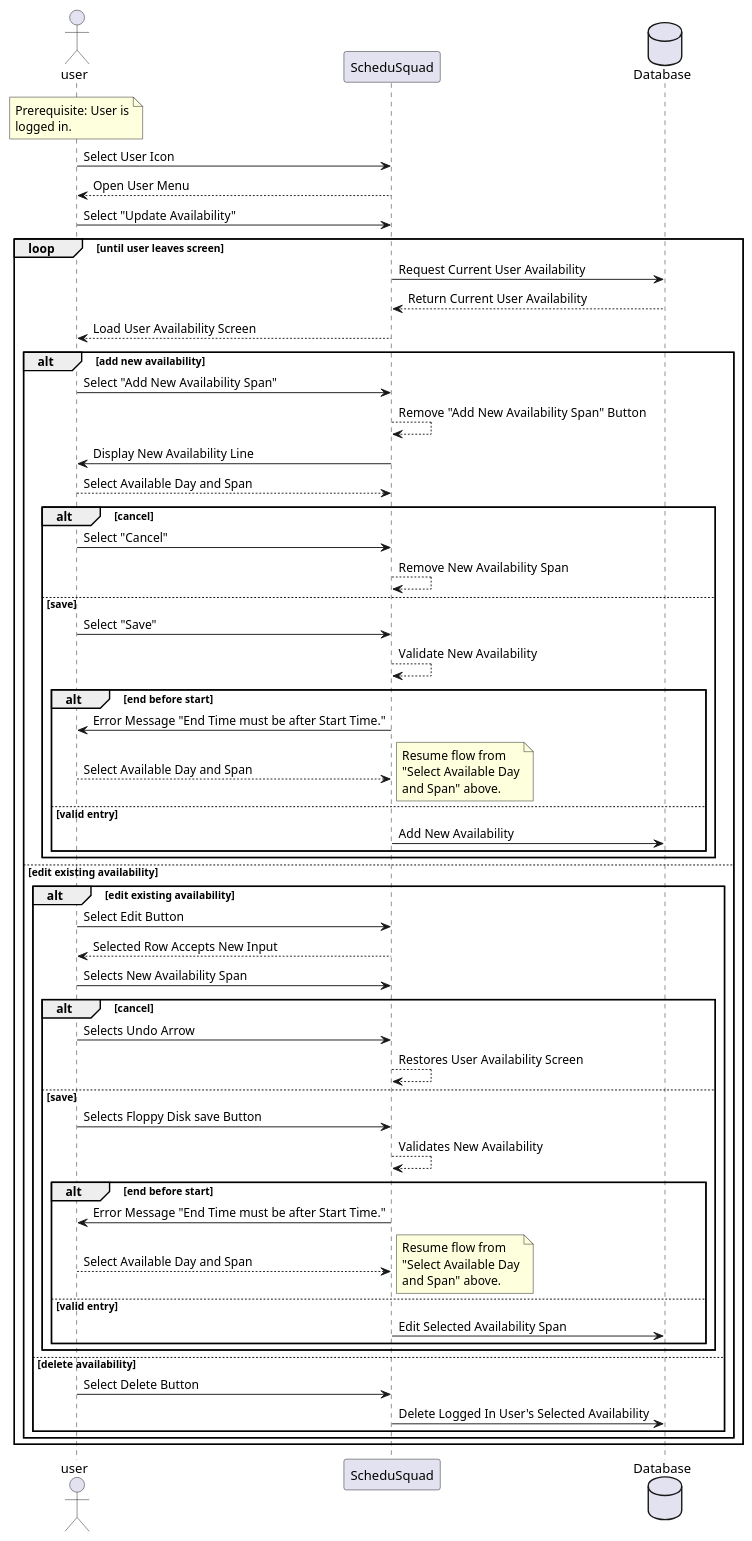
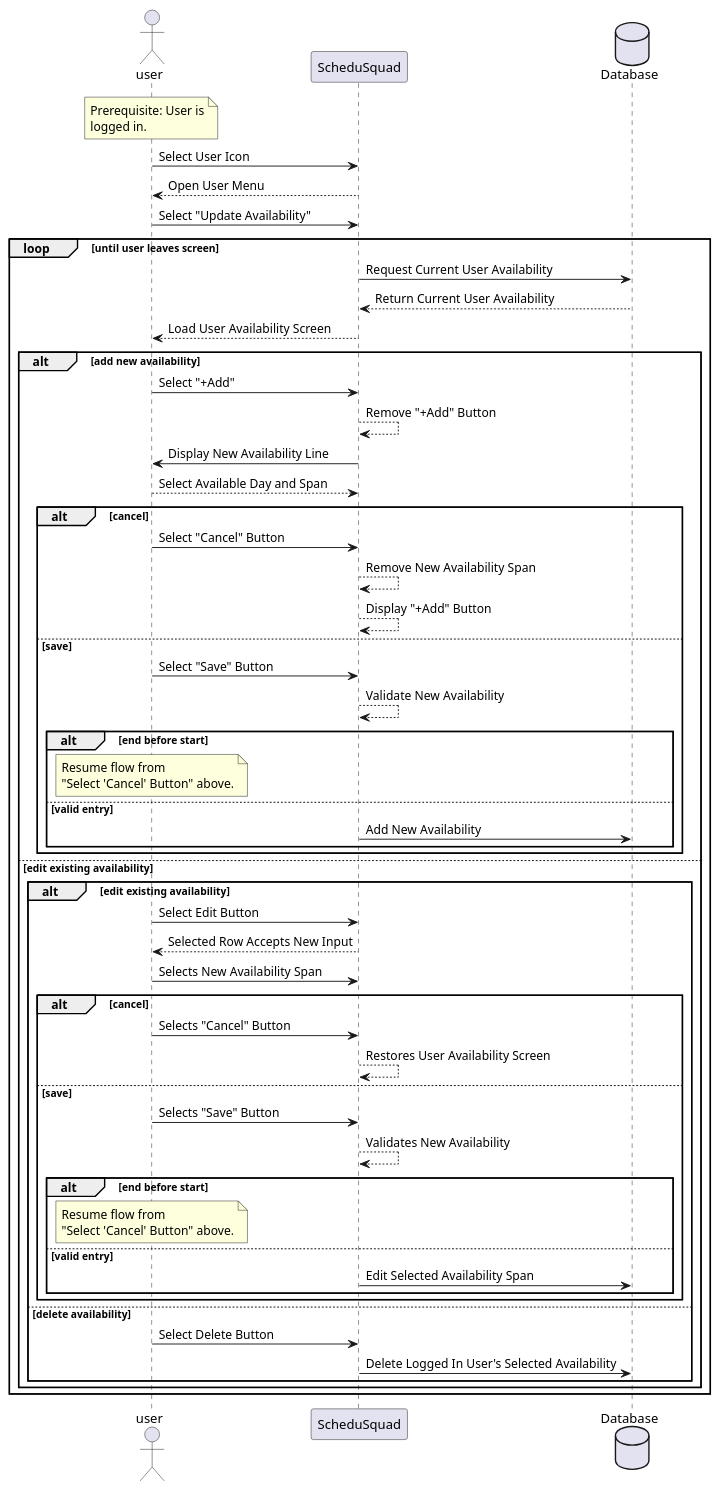
The diagram in plantuml/SequenceDiagrams/updateAvailability.plantuml (dhilbmann/ScheduSquad), drawn with PlantUML before and after one commit. The commit also changed 6 other files, not shown here.

Commit message:
Updating plantuml sequence diagrams for final project submission.

```diff
--- a/plantuml/SequenceDiagrams/updateAvailability.plantuml
+++ b/plantuml/SequenceDiagrams/updateAvailability.plantuml
@@ -1,73 +1,68 @@
 @startuml Update Availability
 actor user
 participant ScheduSquad as app
 database Database as db
 
 note over user
 Prerequisite: User is
 logged in.
 end note
 
 user -> app : Select User Icon
 app --> user : Open User Menu
 user -> app : Select "Update Availability"
 
 loop until user leaves screen
     app -> db : Request Current User Availability
     db --> app : Return Current User Availability
     app --> user : Load User Availability Screen
 
     alt add new availability
-        user -> app : Select "Add New Availability Span"
-        app --> app : Remove "Add New Availability Span" Button
+        user -> app : Select "+Add"
+        app --> app : Remove "+Add" Button
         app -> user : Display New Availability Line
         user --> app : Select Available Day and Span
 
         alt cancel
-            user -> app : Select "Cancel"
+            user -> app : Select "Cancel" Button
             app --> app : Remove New Availability Span
+            app --> app : Display "+Add" Button
         else save
-            user -> app : Select "Save"
+            user -> app : Select "Save" Button
             app --> app : Validate New Availability
             alt end before start
-                app -> user : Error Message "End Time must be after Start Time."
-                user --> app : Select Available Day and Span
-                note right
+                note over user
                 Resume flow from
-                "Select Available Day
-                and Span" above.
+                "Select 'Cancel' Button" above.
                 end note
             else valid entry
                 app -> db : Add New Availability
             end
         end
     else edit existing availability
         alt edit existing availability
             user -> app : Select Edit Button
             app --> user : Selected Row Accepts New Input
             user -> app : Selects New Availability Span
             alt cancel
-                user -> app : Selects Undo Arrow
+                user -> app : Selects "Cancel" Button
                 app --> app : Restores User Availability Screen
             else save
-                user -> app : Selects Floppy Disk save Button
+                user -> app : Selects "Save" Button
                 app --> app: Validates New Availability
                 alt end before start
-                    app -> user : Error Message "End Time must be after Start Time."
-                    user --> app : Select Available Day and Span
-                    note right
+                    note over user
                     Resume flow from
-                    "Select Available Day
-                    and Span" above.
+                    "Select 'Cancel' Button" above.
                     end note
                 else valid entry
                     app -> db : Edit Selected Availability Span
                 end
             end
         else delete availability
             user -> app : Select Delete Button
             app -> db : Delete Logged In User's Selected Availability
         end
     end
 end
 @enduml
```
